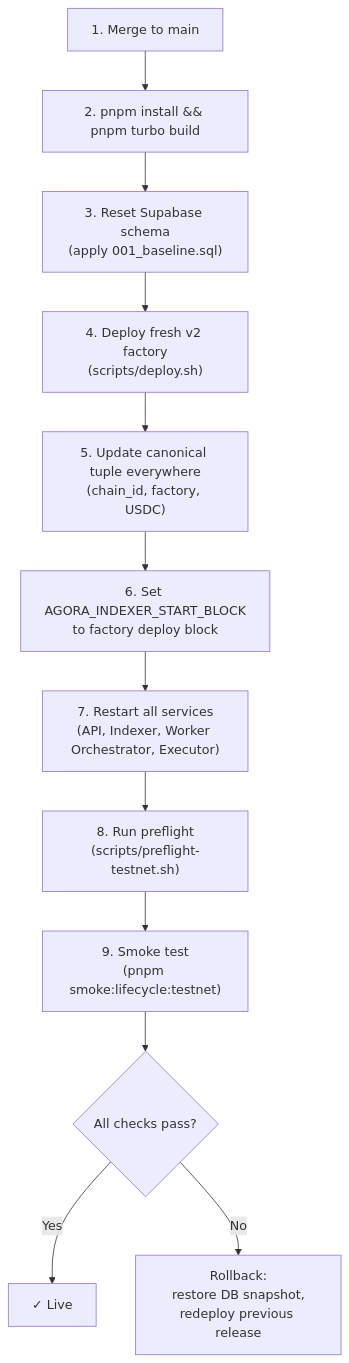
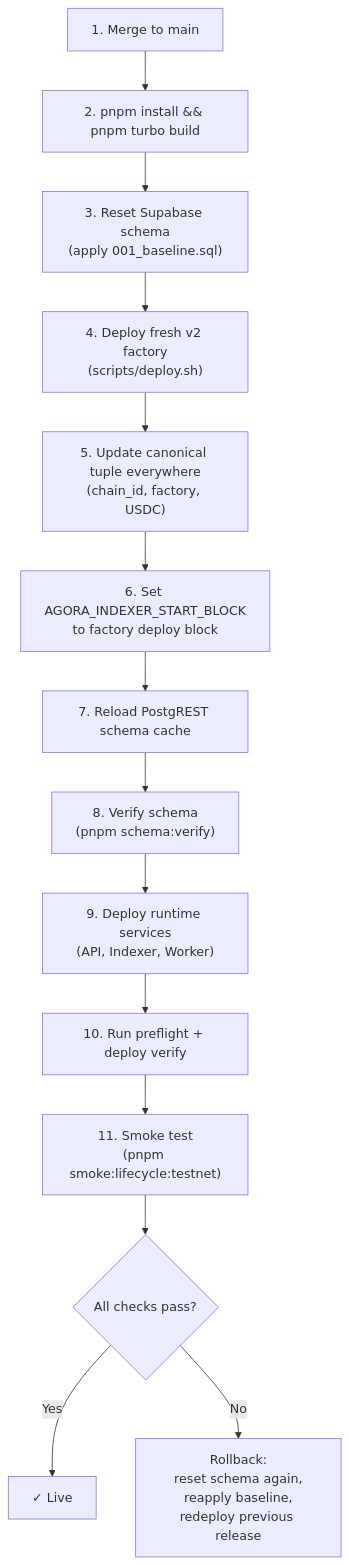
One commit to andymolecule/Hermes changed the diagram in docs/deployment.md. Above: the diagram before and after it, drawn with Mermaid. The commit also changed other lines of this file and 26 other files, not shown here.

Commit message:
Harden runtime schema gating and submission boundaries

````diff
--- a/docs/deployment.md
+++ b/docs/deployment.md
@@ -99,14 +103,16 @@
 ```mermaid
 flowchart TB
     A["1. Merge to main"] --> B["2. pnpm install && pnpm turbo build"]
     B --> C["3. Reset Supabase schema<br/>(apply 001_baseline.sql)"]
     C --> D["4. Deploy fresh v2 factory<br/>(scripts/deploy.sh)"]
     D --> E["5. Update canonical tuple everywhere<br/>(chain_id, factory, USDC)"]
     E --> F["6. Set AGORA_INDEXER_START_BLOCK<br/>to factory deploy block"]
-    F --> G["7. Restart all services<br/>(API, Indexer, Worker Orchestrator, Executor)"]
-    G --> H["8. Run preflight<br/>(scripts/preflight-testnet.sh)"]
-    H --> I["9. Smoke test<br/>(pnpm smoke:lifecycle:testnet)"]
-    I --> J{"All checks pass?"}
-    J -->|Yes| K["✓ Live"]
-    J -->|No| L["Rollback:<br/>restore DB snapshot,<br/>redeploy previous release"]
+    F --> G["7. Reload PostgREST schema cache"]
+    G --> H["8. Verify schema<br/>(pnpm schema:verify)"]
+    H --> I["9. Deploy runtime services<br/>(API, Indexer, Worker)"]
+    I --> J["10. Run preflight + deploy verify"]
+    J --> K["11. Smoke test<br/>(pnpm smoke:lifecycle:testnet)"]
+    K --> L{"All checks pass?"}
+    L -->|Yes| M["✓ Live"]
+    L -->|No| N["Rollback:<br/>reset schema again,<br/>reapply baseline,<br/>redeploy previous release"]
 ```
````
